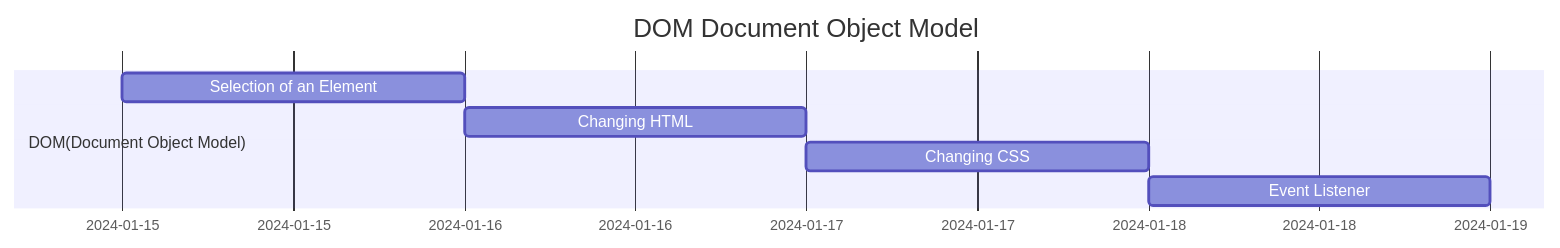
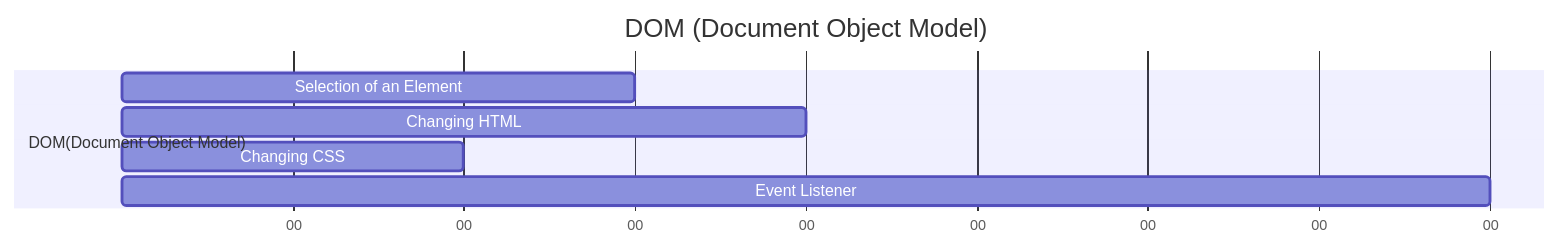
One commit to Kalpa-Ranjan/JavascriptProject1 changed the fifth of 7 diagrams in README.md. Above: the diagram before and after it, drawn with Mermaid. The commit also changed other lines of this file, not shown here.

Commit message:
Updated README.md with DOM v0.04

````diff
--- a/README.md
+++ b/README.md
@@ -413,10 +413,11 @@
 ```mermaid
 gantt 
-    title DOM Document Object Model
-    dateFormat DD-MM-YYYY
+    title DOM (Document Object Model)
+    dateFormat X
+    axisFormat %M
     section DOM(Document Object Model)
-        Selection of an Element: a1, 15-01-2024, 1d
-        Changing HTML: a2, after a1, 1d
-        Changing CSS: a3, after a2, 1d
-        Event Listener: a4, after a3, 1d
+        Selection of an Element: 10, 15
+        Changing HTML: 10, 20
+        Changing CSS: 20, 10
+        Event Listener: 30, 40
 ```
````
